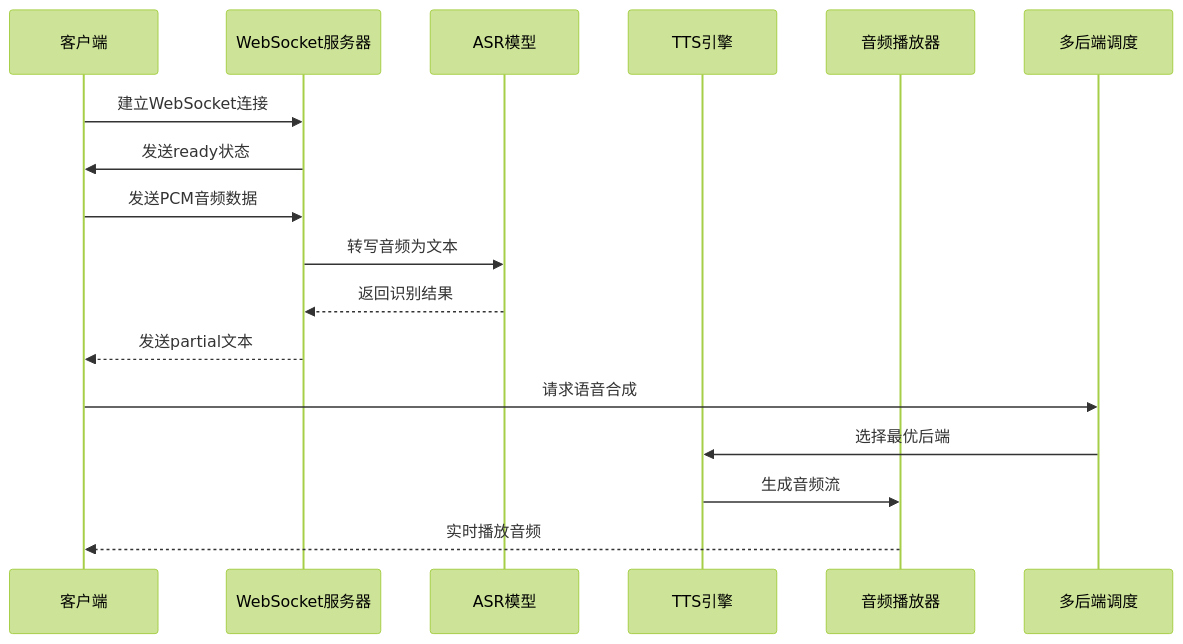
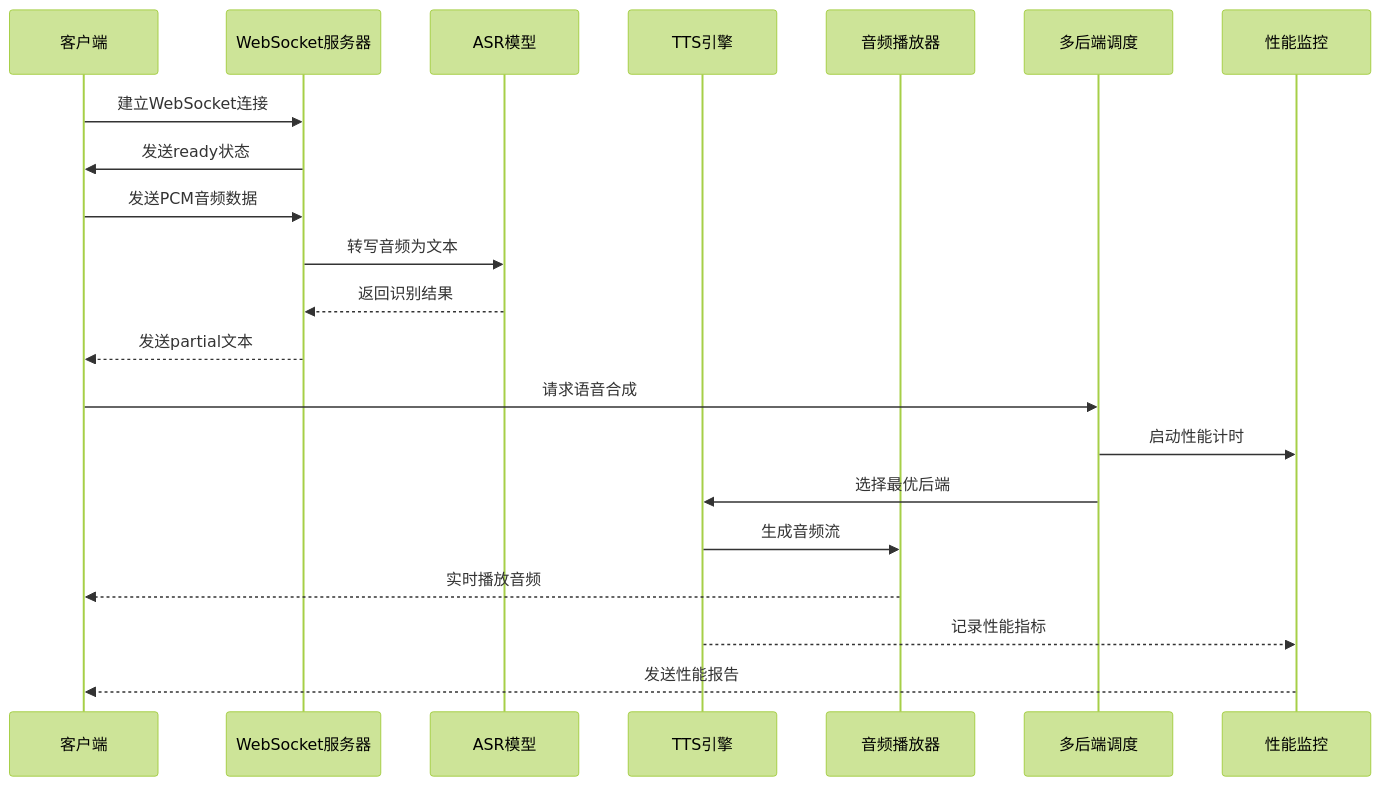
One commit to 1024dashen/Vue3Speech changed the second of 11 diagrams in .qoder/repowiki/zh/content/语音合成服务/实时TTS合成.md. Above: the diagram before and after it, drawn with Mermaid (forest theme). The commit also changed other lines of this file and 9 other files, not shown here.

````diff
--- a/.qoder/repowiki/zh/content/语音合成服务/实时TTS合成.md
+++ b/.qoder/repowiki/zh/content/语音合成服务/实时TTS合成.md
@@ -153,19 +163,23 @@
 ```mermaid
 sequenceDiagram
 participant Client as 客户端
 participant WebSocket as WebSocket服务器
 participant ASR as ASR模型
 participant TTS as TTS引擎
 participant Audio as 音频播放器
 participant Backend as 多后端调度
+participant Monitor as 性能监控
 Client->>WebSocket : 建立WebSocket连接
 WebSocket->>Client : 发送ready状态
 Client->>WebSocket : 发送PCM音频数据
 WebSocket->>ASR : 转写音频为文本
 ASR-->>WebSocket : 返回识别结果
 WebSocket-->>Client : 发送partial文本
 Client->>Backend : 请求语音合成
+Backend->>Monitor : 启动性能计时
 Backend->>TTS : 选择最优后端
 TTS->>Audio : 生成音频流
 Audio-->>Client : 实时播放音频
+TTS-->>Monitor : 记录性能指标
+Monitor-->>Client : 发送性能报告
 ```
````
